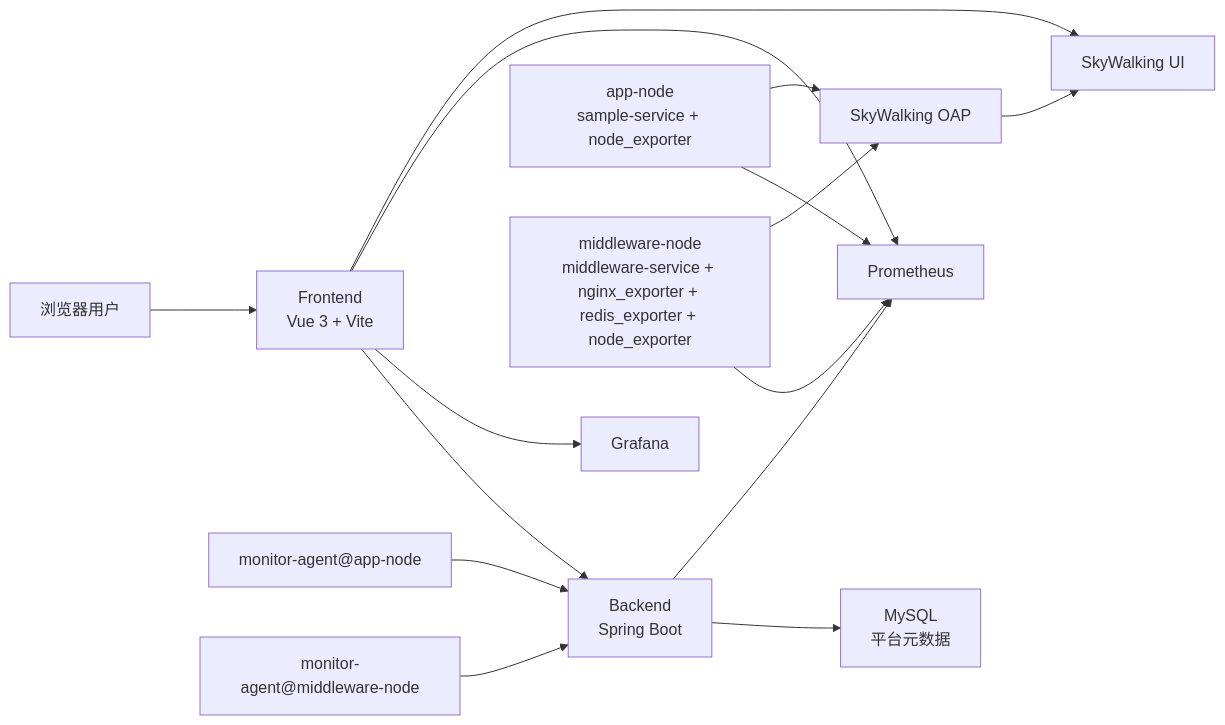
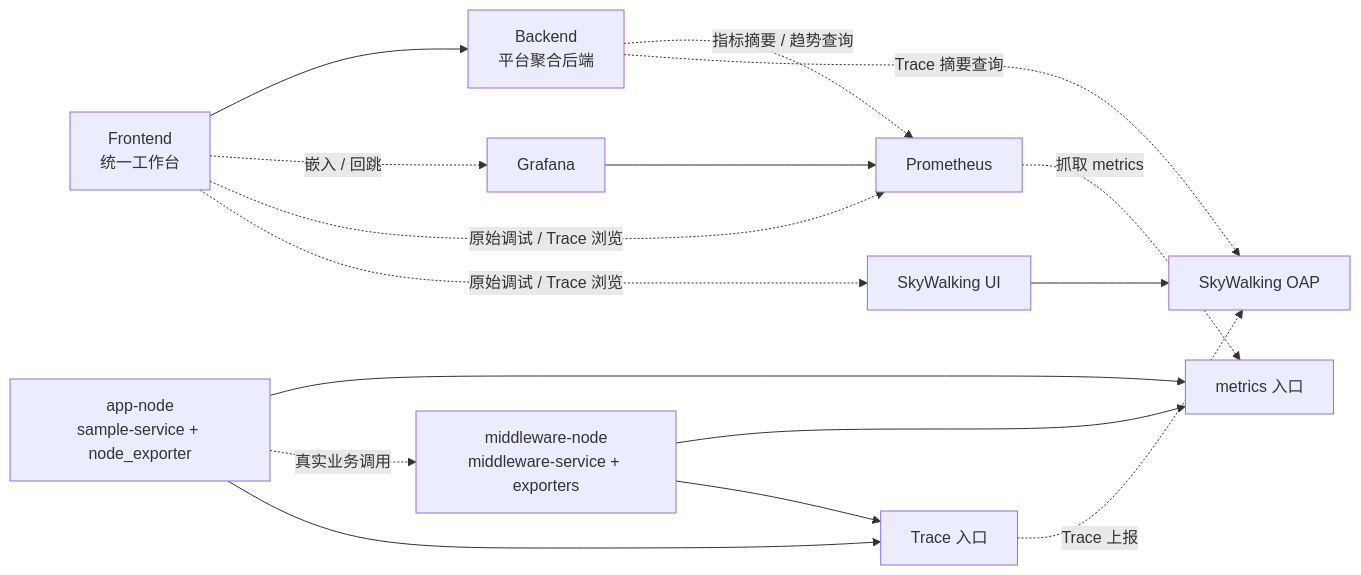
Before and after one commit to cmzbutqq/SWE-CourseDesign-Insider: the second of 2 diagrams in docs/项目说明.md, drawn with Mermaid. The commit also changed other lines of this file and 4 other files, not shown here.

Commit message:
更新文档，重构角色与语义拓扑图，增加观测数据流图，新增PPT和多张图片文件

````diff
--- a/docs/项目说明.md
+++ b/docs/项目说明.md
@@ -55,22 +110,24 @@
 ```mermaid
 flowchart LR
-    User["浏览器用户"] --> Frontend["Frontend<br/>Vue 3 + Vite"]
+    Frontend["Frontend<br/>统一工作台"] --> Backend["Backend<br/>平台聚合后端"]
+    Frontend -.嵌入 / 回跳.-> Grafana["Grafana"]
+    Frontend -.原始调试 / Trace 浏览.-> Prometheus["Prometheus"]
+    Frontend -.原始调试 / Trace 浏览.-> SkyUI["SkyWalking UI"]
 
-    Frontend --> Backend["Backend<br/>Spring Boot"]
-    Frontend --> Grafana["Grafana"]
-    Frontend --> Prometheus["Prometheus"]
-    Frontend --> SkyUI["SkyWalking UI"]
+    Backend -.指标摘要 / 趋势查询.-> Prometheus
+    Backend -.Trace 摘要查询.-> SkyOAP["SkyWalking OAP"]
 
-    AppAgent["monitor-agent@app-node"] --> Backend
-    MidAgent["monitor-agent@middleware-node"] --> Backend
+    MetricsEntry["metrics 入口"]
+    TraceEntry["Trace 入口"]
 
-    Backend --> MySQL["MySQL<br/>平台元数据"]
+    AppWorkload["app-node<br/>sample-service + node_exporter"] --> MetricsEntry
+    MidWorkload["middleware-node<br/>middleware-service + exporters"] --> MetricsEntry
+    Prometheus -.抓取 metrics.-> MetricsEntry
 
-    Backend --> Prometheus
-    AppNode["app-node<br/>sample-service + node_exporter"] --> Prometheus
-    MidNode["middleware-node<br/>middleware-service + nginx_exporter + redis_exporter + node_exporter"] --> Prometheus
-
-    AppNode --> SkyOAP["SkyWalking OAP"]
-    MidNode --> SkyOAP
-    SkyOAP --> SkyUI
+    AppWorkload -.真实业务调用.-> MidWorkload
+    AppWorkload --> TraceEntry
+    MidWorkload --> TraceEntry
+    TraceEntry -.Trace 上报.-> SkyOAP
+    SkyUI --> SkyOAP
+    Grafana --> Prometheus
 ```
````
